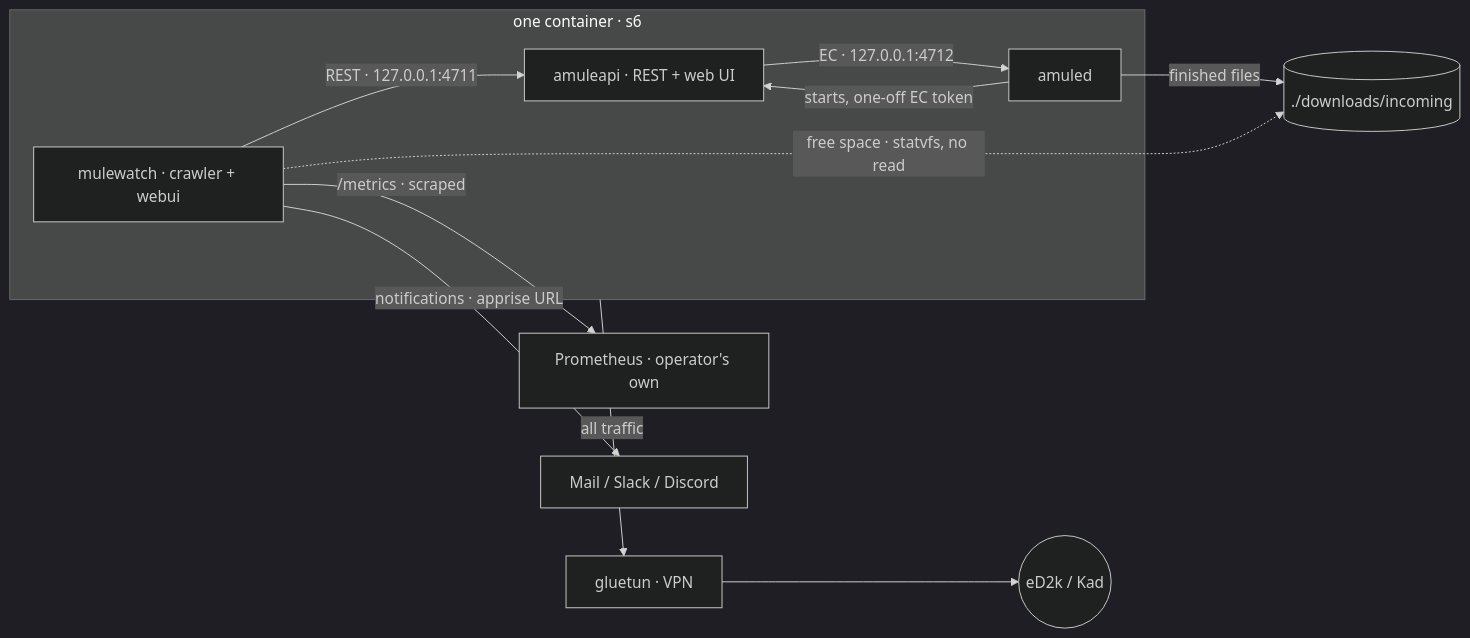
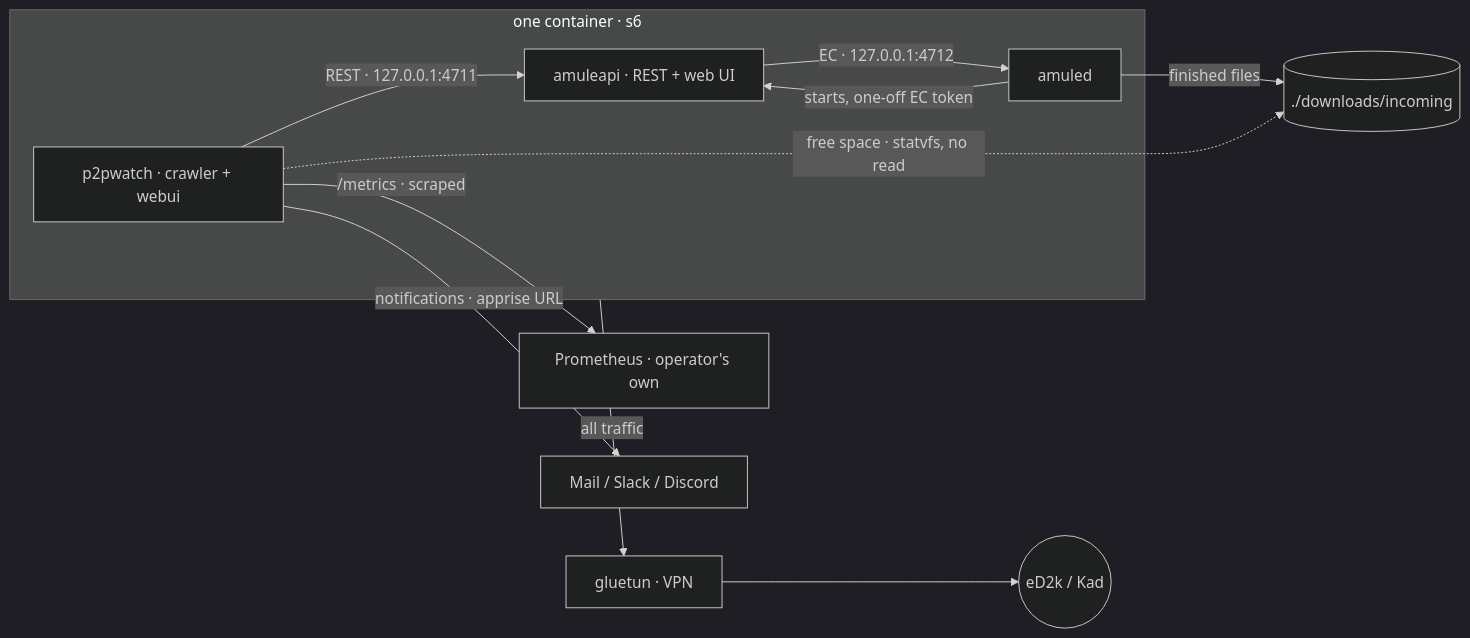
Before and after one commit to mission-titar/mulewatch: the first of 10 diagrams in docs/contributing/architecture.md, drawn with Mermaid (dark theme). The commit also changed other lines of this file and 325 other files, not shown here.

First line of the commit message:
refactor: rename the project from mulewatch to p2pwatch

````diff
--- a/docs/contributing/architecture.md
+++ b/docs/contributing/architecture.md
@@ -33,23 +33,23 @@
 ```mermaid
 flowchart LR
   subgraph node["one container · s6"]
-    crawler["mulewatch · crawler + webui"]
+    crawler["p2pwatch · crawler + webui"]
     amuled["amuled"]
     amuleapi["amuleapi · REST + web UI"]
   end
   gluetun["gluetun · VPN"]
   ed2k(("eD2k / Kad"))
   prom["Prometheus · operator's own"]
   notif["Mail / Slack / Discord"]
   out[("./downloads/incoming")]
 
   crawler -->|"REST · 127.0.0.1:4711"| amuleapi
   amuled -->|"starts, one-off EC token"| amuleapi
   amuleapi -->|"EC · 127.0.0.1:4712"| amuled
   node -->|"all traffic"| gluetun
   gluetun --> ed2k
   amuled -->|"finished files"| out
   crawler -.->|"free space · statvfs, no read"| out
   crawler -->|"/metrics · scraped"| prom
   crawler -->|"notifications · apprise URL"| notif
 ```
````
